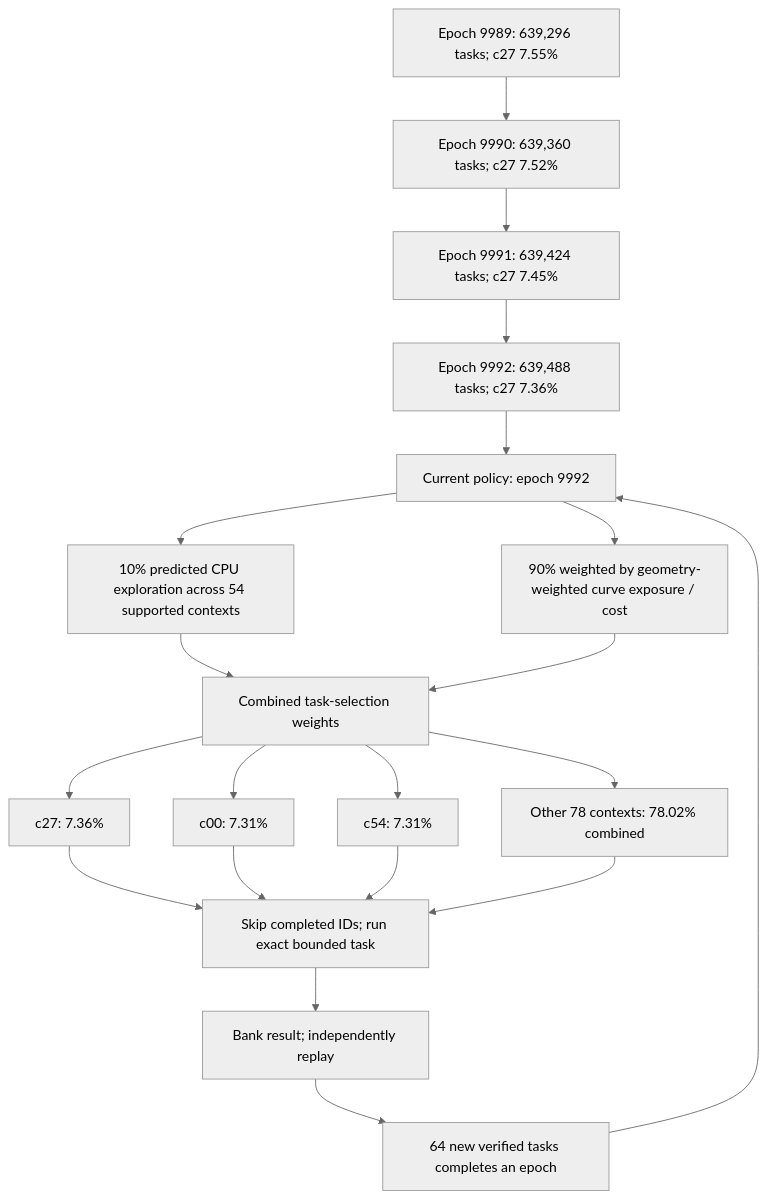
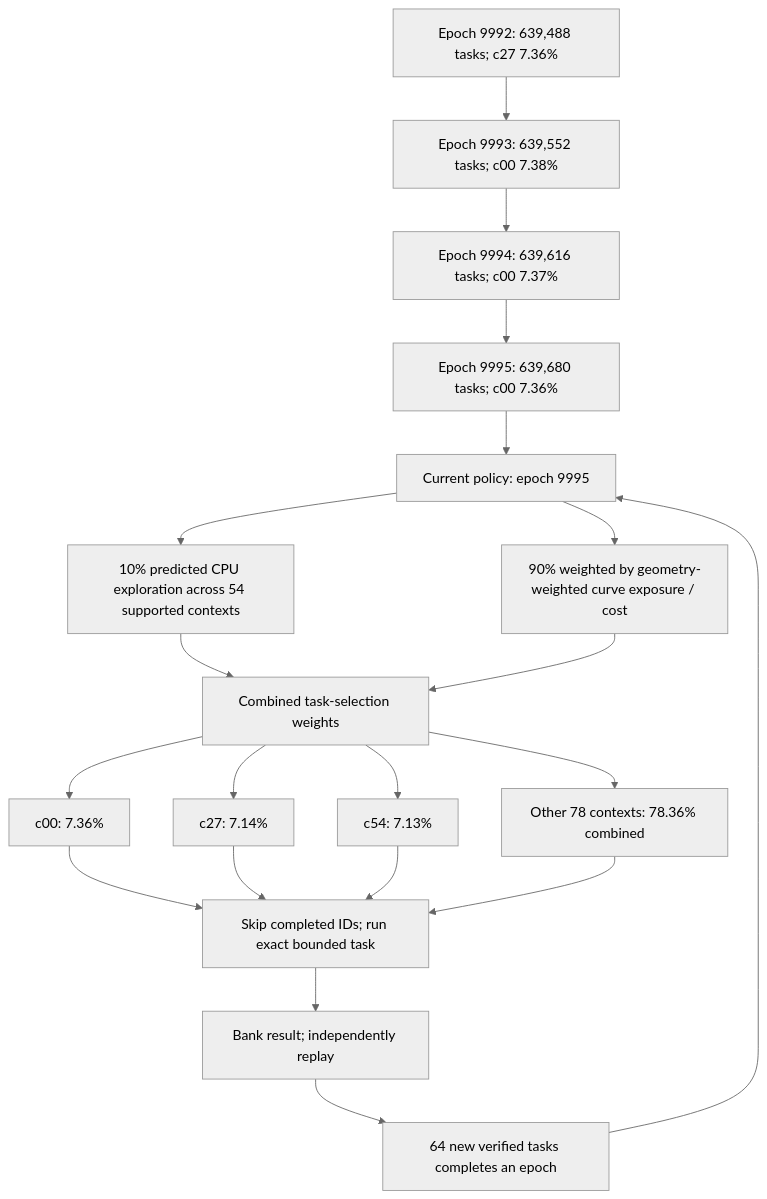
The first of 4 diagrams in README.md (Kuberwastaken/math-gambling), drawn with Mermaid (neutral theme) before and after one commit. The commit also changed other lines of this file and 467 other files, not shown here.

````diff
--- a/README.md
+++ b/README.md
@@ -60,27 +60,27 @@
 ```mermaid
 flowchart TD
-    H0["Epoch 9989: 639,296 tasks; c27 7.55%"]
-    H1["Epoch 9990: 639,360 tasks; c27 7.52%"]
+    H0["Epoch 9992: 639,488 tasks; c27 7.36%"]
+    H1["Epoch 9993: 639,552 tasks; c00 7.38%"]
     H0 --> H1
-    H2["Epoch 9991: 639,424 tasks; c27 7.45%"]
+    H2["Epoch 9994: 639,616 tasks; c00 7.37%"]
     H1 --> H2
-    H3["Epoch 9992: 639,488 tasks; c27 7.36%"]
+    H3["Epoch 9995: 639,680 tasks; c00 7.36%"]
     H2 --> H3
-    Policy["Current policy: epoch 9992"]
+    Policy["Current policy: epoch 9995"]
     H3 --> Policy
     Policy --> Explore["10% predicted CPU exploration across 54 supported contexts"]
     Policy --> Cost["90% weighted by geometry-weighted curve exposure / cost"]
     Explore --> Mix["Combined task-selection weights"]
     Cost --> Mix
-    Mix --> C0["c27: 7.36%"]
-    Mix --> C1["c00: 7.31%"]
-    Mix --> C2["c54: 7.31%"]
-    Mix --> Rest["Other 78 contexts: 78.02% combined"]
+    Mix --> C0["c00: 7.36%"]
+    Mix --> C1["c27: 7.14%"]
+    Mix --> C2["c54: 7.13%"]
+    Mix --> Rest["Other 78 contexts: 78.36% combined"]
     C0 --> Check["Skip completed IDs; run exact bounded task"]
     C1 --> Check
     C2 --> Check
     Rest --> Check
     Check --> Replay["Bank result; independently replay"]
     Replay --> Gate["64 new verified tasks completes an epoch"]
     Gate --> Policy
 ```
````
